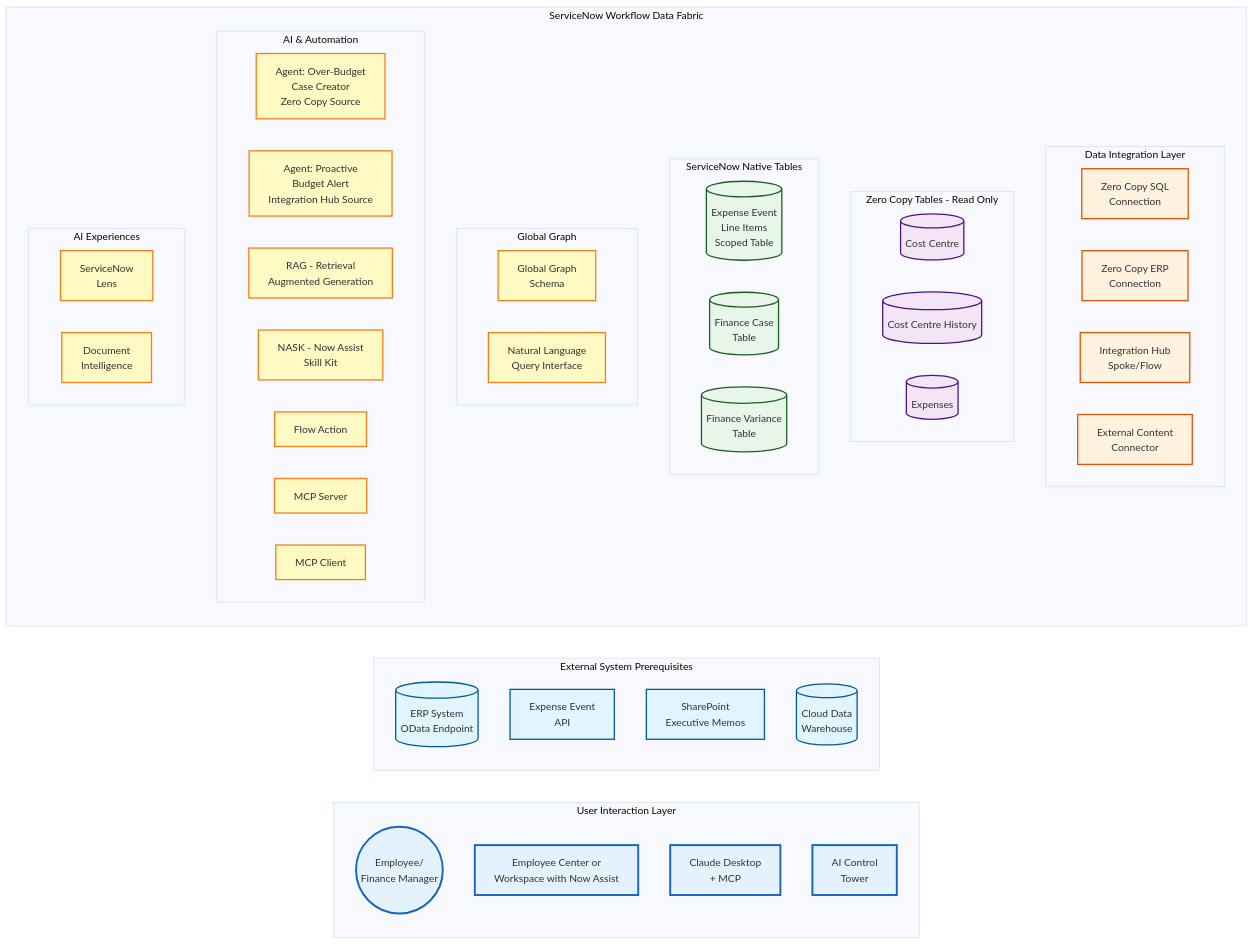
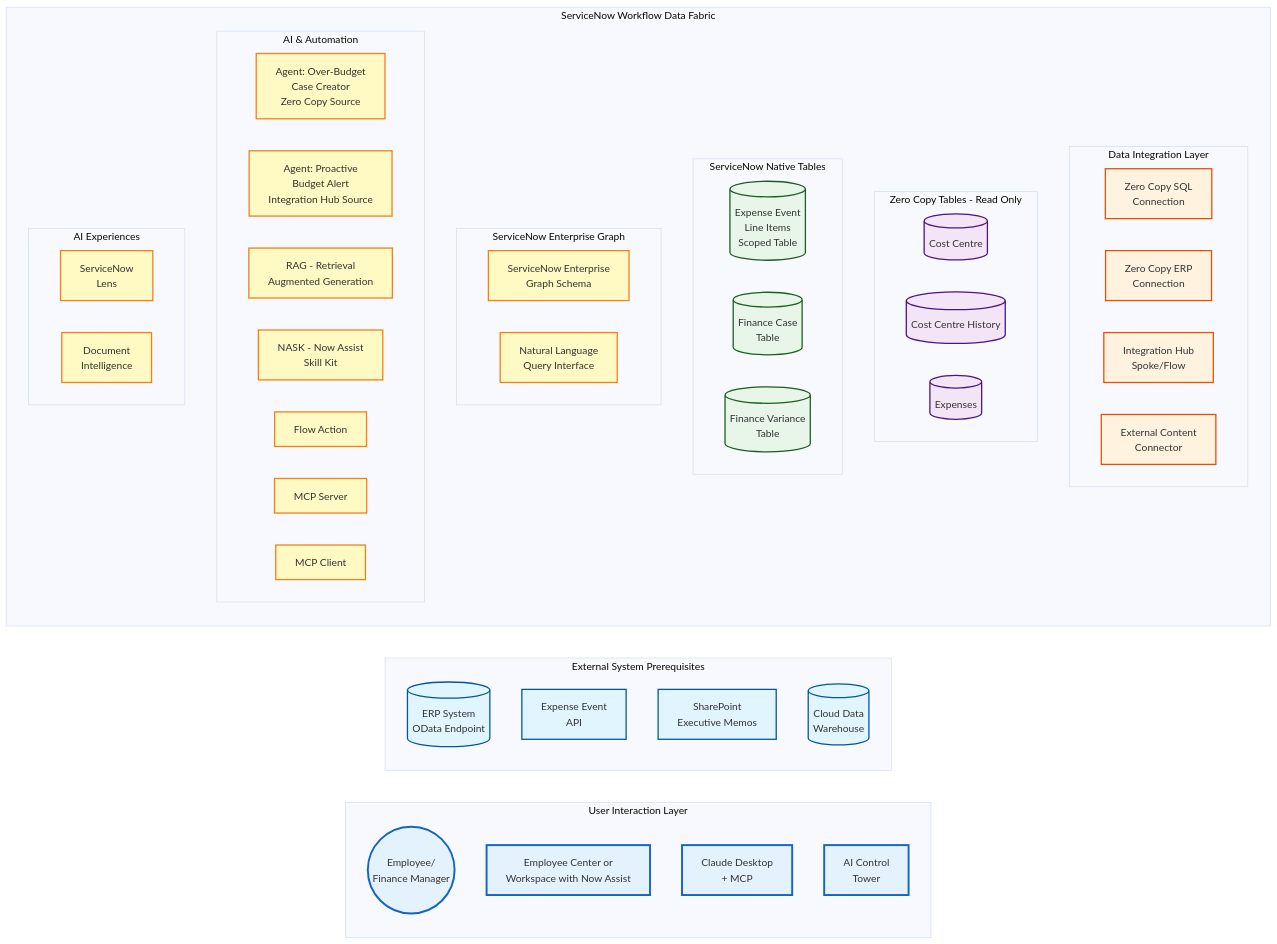
The first of 2 diagrams in WDF_Diagrams.md (leojacinto/WorkflowDataFabric-TypeA), drawn with Mermaid (base theme) before and after one commit. The commit also changed other lines of this file, not shown here.

Commit message:
Rename Global Graph to ServiceNow Enterprise Graph

````diff
--- a/WDF_Diagrams.md
+++ b/WDF_Diagrams.md
@@ -18,72 +18,72 @@
 ```mermaid
 graph LR
     subgraph "User Interaction Layer"
         Employee((Employee/<br/>Finance Manager))
         EC[Employee Center or<br/>Workspace with Now Assist]
         ClaudeDesktop[Claude Desktop<br/>+ MCP]
         ControlTower[AI Control<br/>Tower]
     end
 
     subgraph "External System Prerequisites"
         ERP[(ERP System<br/>OData Endpoint)]
         ExpenseAPI[Expense Event<br/>API]
         SharePoint[SharePoint<br/>Executive Memos]
         CDW[(Cloud Data<br/>Warehouse)]
     end
 
     subgraph "ServiceNow Workflow Data Fabric"
         subgraph "Data Integration Layer"
             ZeroCopySQL[Zero Copy SQL<br/>Connection]
             ZeroCopyERP[Zero Copy ERP<br/>Connection]
             IntHub[Integration Hub<br/>Spoke/Flow]
             ExtContent[External Content<br/>Connector]
         end
 
         subgraph "Zero Copy Tables - Read Only"
             ZCCC[(Cost Centre)]
             ZCCH[(Cost Centre History)]
             ZCExp[(Expenses)]
         end
 
         subgraph "ServiceNow Native Tables"
             ExpenseTable[(Expense Event<br/>Line Items<br/>Scoped Table)]
             FinCase[(Finance Case<br/>Table)]
             FinVar[(Finance Variance<br/>Table)]
         end
 
-        subgraph "Global Graph"
-            GGraph[Global Graph<br/>Schema]
+        subgraph "ServiceNow Enterprise Graph"
+            GGraph[ServiceNow Enterprise<br/>Graph Schema]
             NLQuery[Natural Language<br/>Query Interface]
         end
 
         subgraph "AI & Automation"
             Agent1[Agent: Over-Budget<br/>Case Creator<br/>Zero Copy Source]
             Agent2[Agent: Proactive<br/>Budget Alert<br/>Integration Hub Source]
             RAG[RAG - Retrieval<br/>Augmented Generation]
             NASK[NASK - Now Assist<br/>Skill Kit]
             FlowAction[Flow Action]
             MCP[MCP Server]
             MCPC[MCP Client]
         end
 
         subgraph "AI Experiences"
             Lens["ServiceNow</br>Lens"]
             DocIntel["Document</br>Intelligence"]
         end
     end
 
     %% Styling
     classDef external fill:#e1f5ff,stroke:#01579b,stroke-width:2px
     classDef integration fill:#fff3e0,stroke:#e65100,stroke-width:2px
     classDef zeroCopy fill:#f3e5f5,stroke:#4a148c,stroke-width:2px
     classDef native fill:#e8f5e9,stroke:#1b5e20,stroke-width:2px
     classDef ai fill:#fff9c4,stroke:#f57f17,stroke-width:2px
     classDef user fill:#e3f2fd,stroke:#1565c0,stroke-width:3px
 
     class ERP,ExpenseAPI,SharePoint,CDW external
     class ZeroCopySQL,ZeroCopyERP,IntHub,ExtContent integration
     class ZCCC,ZCCH,ZCExp zeroCopy
     class ExpenseTable,FinCase,FinVar native
     class Agent1,Agent2,RAG,NASK,FlowAction,MCP,MCPC,GGraph,NLQuery,Lens,DocIntel ai
     class Employee,EC,ControlTower,ClaudeDesktop user
 ```
````
